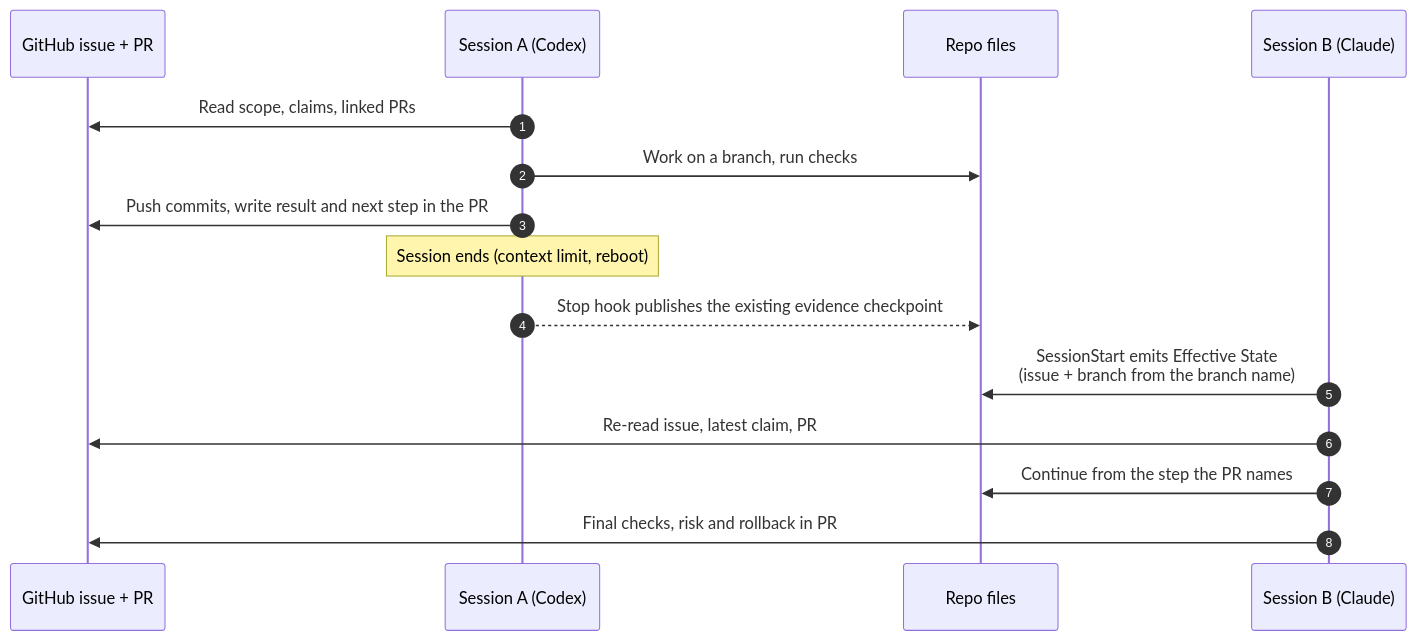
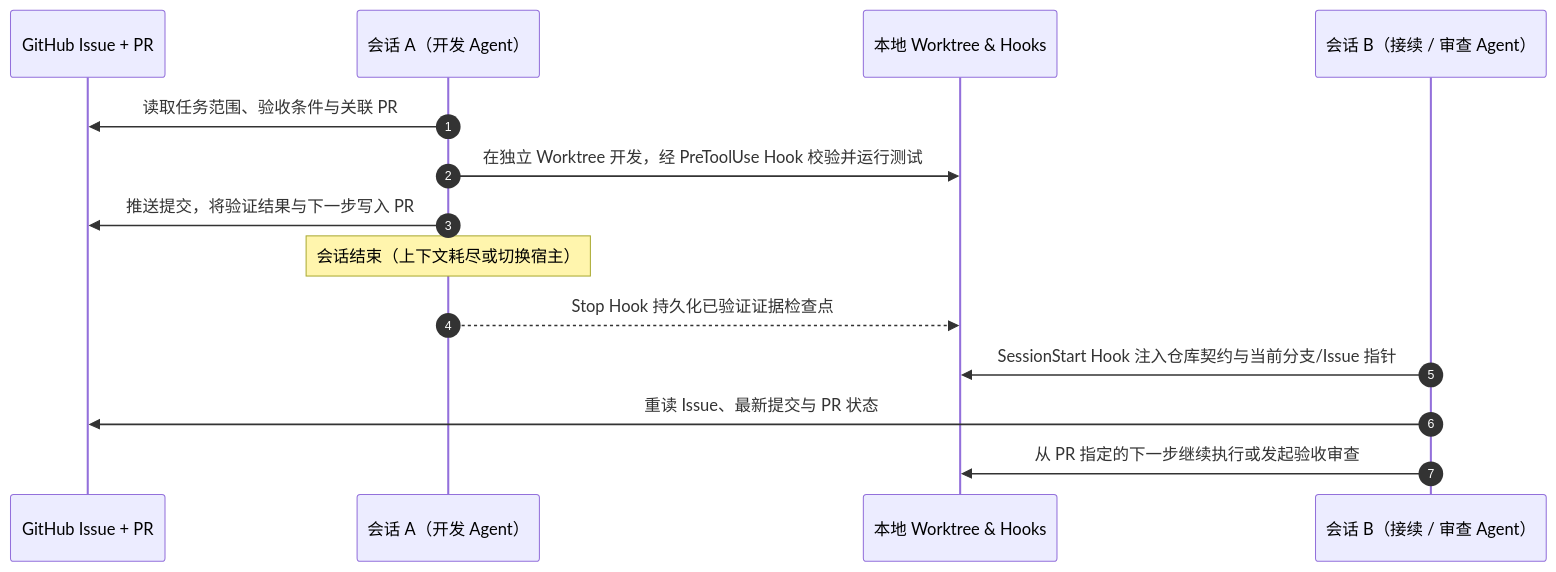
The second of 2 diagrams in README.md (123451123124/kForge-harness), drawn with Mermaid before and after one commit. The commit also changed other lines of this file, not shown here.

````diff
--- a/README.md
+++ b/README.md
@@ -140,17 +57,17 @@
 ```mermaid
 sequenceDiagram
   autonumber
-  participant I as GitHub issue + PR
-  participant A as Session A (Codex)
-  participant R as Repo files
-  participant B as Session B (Claude)
-  A->>I: Read scope, claims, linked PRs
-  A->>R: Work on a branch, run checks
-  A->>I: Push commits, write result and next step in the PR
-  Note over A: Session ends (context limit, reboot)
-  A-->>R: Stop hook publishes the existing evidence checkpoint
-  B->>R: SessionStart emits Effective State<br/>(issue + branch from the branch name)
-  B->>I: Re-read issue, latest claim, PR
-  B->>R: Continue from the step the PR names
-  B->>I: Final checks, risk and rollback in PR
+  participant GH as GitHub Issue + PR
+  participant A as 会话 A（开发 Agent）
+  participant Repo as 本地 Worktree & Hooks
+  participant B as 会话 B（接续 / 审查 Agent）
+
+  A->>GH: 读取任务范围、验收条件与关联 PR
+  A->>Repo: 在独立 Worktree 开发，经 PreToolUse Hook 校验并运行测试
+  A->>GH: 推送提交，将验证结果与下一步写入 PR
+  Note over A: 会话结束（上下文耗尽或切换宿主）
+  A-->>Repo: Stop Hook 持久化已验证证据检查点
+  B->>Repo: SessionStart Hook 注入仓库契约与当前分支/Issue 指针
+  B->>GH: 重读 Issue、最新提交与 PR 状态
+  B->>Repo: 从 PR 指定的下一步继续执行或发起验收审查
 ```
````
